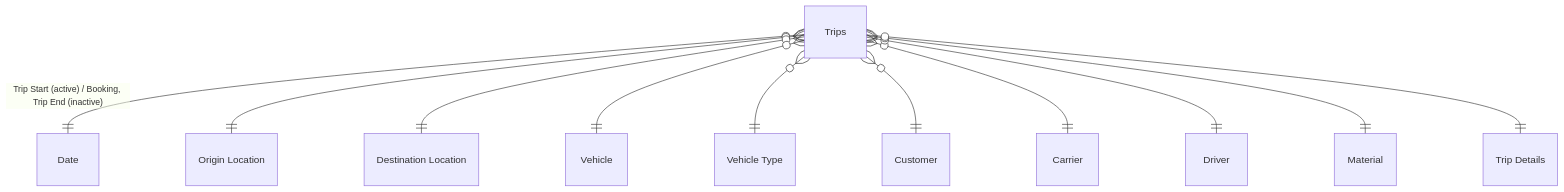
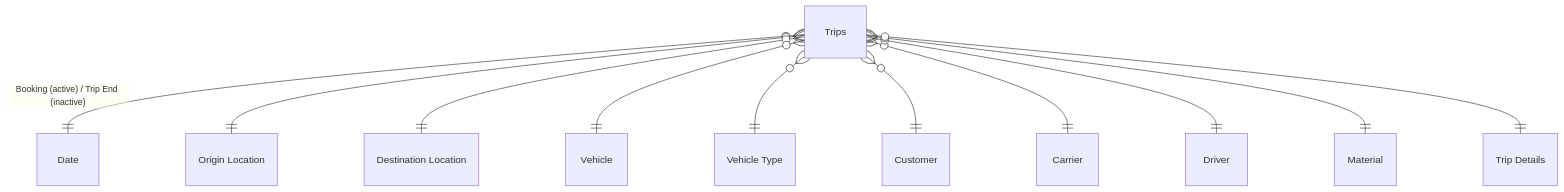
The second of 2 diagrams in README.md (AlahmadiQ8/supply-chain-demo), drawn with Mermaid before and after one commit. The commit also changed other lines of this file and 103 other files, not shown here.

````diff
--- a/README.md
+++ b/README.md
@@ -46,13 +49,13 @@
 ```mermaid
 erDiagram
-    Trips }o--|| Date : "Trip Start (active) / Booking, Trip End (inactive)"
+    Trips }o--|| Date : "Booking (active) / Trip End (inactive)"
     Trips }o--|| "Origin Location" : ""
     Trips }o--|| "Destination Location" : ""
     Trips }o--|| Vehicle : ""
     Trips }o--|| "Vehicle Type" : ""
     Trips }o--|| Customer : ""
     Trips }o--|| Carrier : ""
     Trips }o--|| Driver : ""
     Trips }o--|| Material : ""
     Trips }o--|| "Trip Details" : ""
 ```
````
